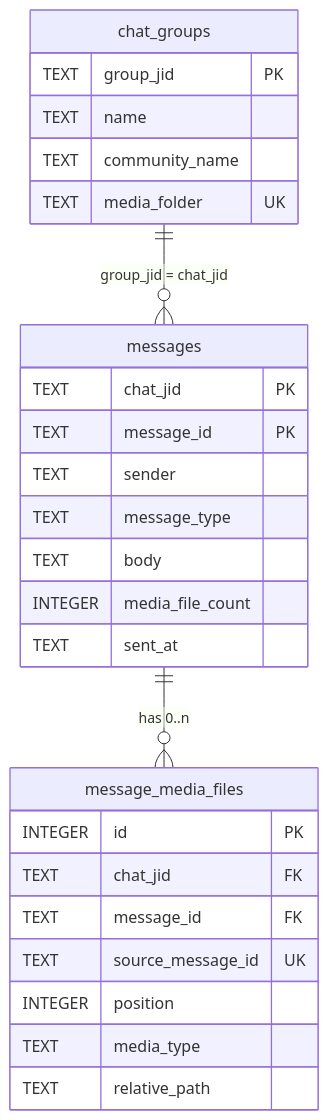
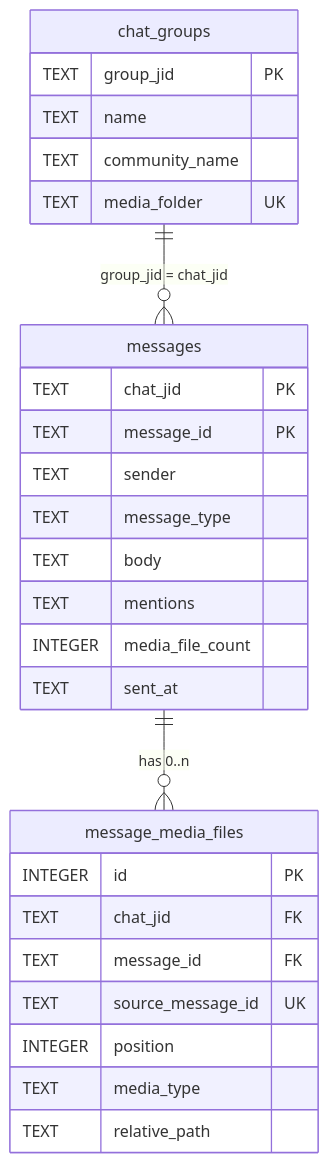
Before and after one commit to tongtianqi777/seth-ingestion: the first of 3 diagrams in docs/DATABASE.md, drawn with Mermaid. The commit also changed other lines of this file and 9 other files, not shown here.

````diff
--- a/docs/DATABASE.md
+++ b/docs/DATABASE.md
@@ -27,29 +27,30 @@
 ```mermaid
 erDiagram
     chat_groups ||--o{ messages : "group_jid = chat_jid"
     messages ||--o{ message_media_files : "has 0..n"
     chat_groups {
         TEXT group_jid PK
         TEXT name
         TEXT community_name
         TEXT media_folder UK
     }
     messages {
         TEXT chat_jid PK
         TEXT message_id PK
         TEXT sender
         TEXT message_type
         TEXT body
+        TEXT mentions
         INTEGER media_file_count
         TEXT sent_at
     }
     message_media_files {
         INTEGER id PK
         TEXT chat_jid FK
         TEXT message_id FK
         TEXT source_message_id UK
         INTEGER position
         TEXT media_type
         TEXT relative_path
     }
 ```
````
